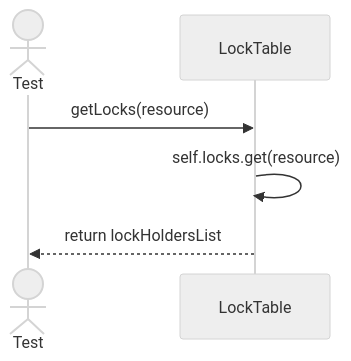
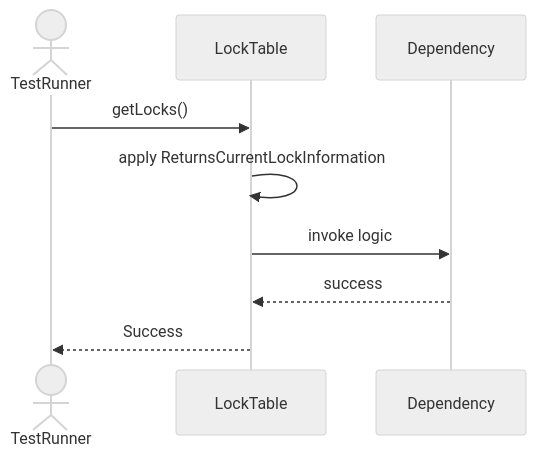
Before and after one commit to TamBui1706/DBMS: the first of 5 diagrams in Sequences/TransactionManagement/LockTable.md, drawn with Mermaid (neutral theme). The commit also changed other lines of this file and 63 other files, not shown here.

Commit message:
Draw sequence diagram for unit tests

````diff
--- a/Sequences/TransactionManagement/LockTable.md
+++ b/Sequences/TransactionManagement/LockTable.md
@@ -15,9 +19,10 @@
 ```mermaid
 sequenceDiagram
-    actor Test
+    actor TestRunner
     participant LockTable
-
-    Test->>LockTable: getLocks(resource)
-    LockTable->>LockTable: self.locks.get(resource)
-    LockTable-->>Test: return lockHoldersList
+    TestRunner->>LockTable: getLocks()
+    LockTable->>LockTable: apply ReturnsCurrentLockInformation
+    LockTable->>Dependency: invoke logic
+    Dependency-->>LockTable: success
+    LockTable-->>TestRunner: Success
 ```
````
